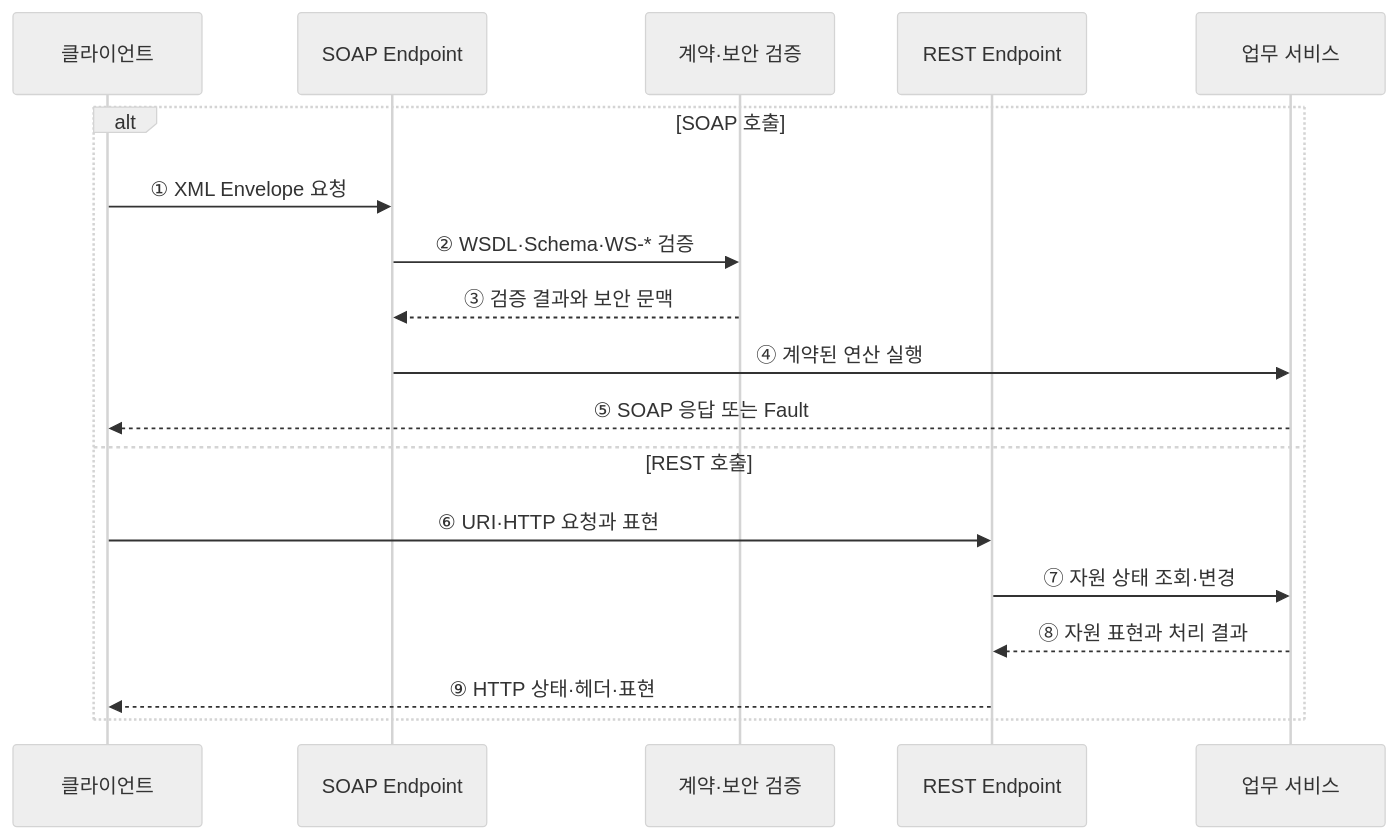
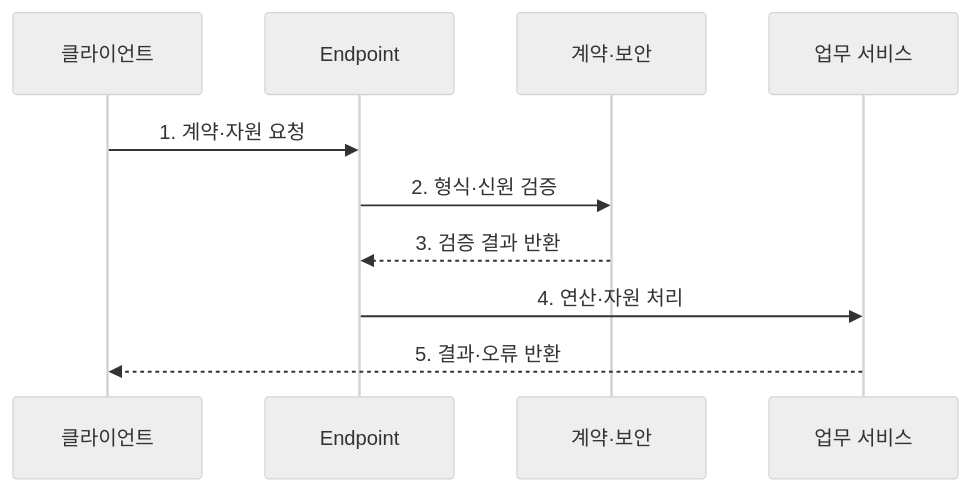
Before and after one commit to agnusdei1207/knowledge-base: the second of 2 diagrams in src/content/docs/notes/03-software/170_soap_vs_rest.md, drawn with Mermaid (neutral theme). The commit also changed other lines of this file and 20 other files, not shown here.

````diff
--- a/src/content/docs/notes/03-software/170_soap_vs_rest.md
+++ b/src/content/docs/notes/03-software/170_soap_vs_rest.md
@@ -71,20 +85,12 @@
 ```mermaid
 sequenceDiagram
     participant C as 클라이언트
-    participant S as SOAP Endpoint
-    participant V as 계약·보안 검증
-    participant R as REST Endpoint
+    participant E as Endpoint
+    participant V as 계약·보안
     participant B as 업무 서비스
-    alt SOAP 호출
-        C->>S: ① XML Envelope 요청
-        S->>V: ② WSDL·Schema·WS-* 검증
-        V-->>S: ③ 검증 결과와 보안 문맥
-        S->>B: ④ 계약된 연산 실행
-        B-->>C: ⑤ SOAP 응답 또는 Fault
-    else REST 호출
-        C->>R: ⑥ URI·HTTP 요청과 표현
-        R->>B: ⑦ 자원 상태 조회·변경
-        B-->>R: ⑧ 자원 표현과 처리 결과
-        R-->>C: ⑨ HTTP 상태·헤더·표현
-    end
+    C->>E: 1. 계약·자원 요청
+    E->>V: 2. 형식·신원 검증
+    V-->>E: 3. 검증 결과 반환
+    E->>B: 4. 연산·자원 처리
+    B-->>C: 5. 결과·오류 반환
 ```
````
